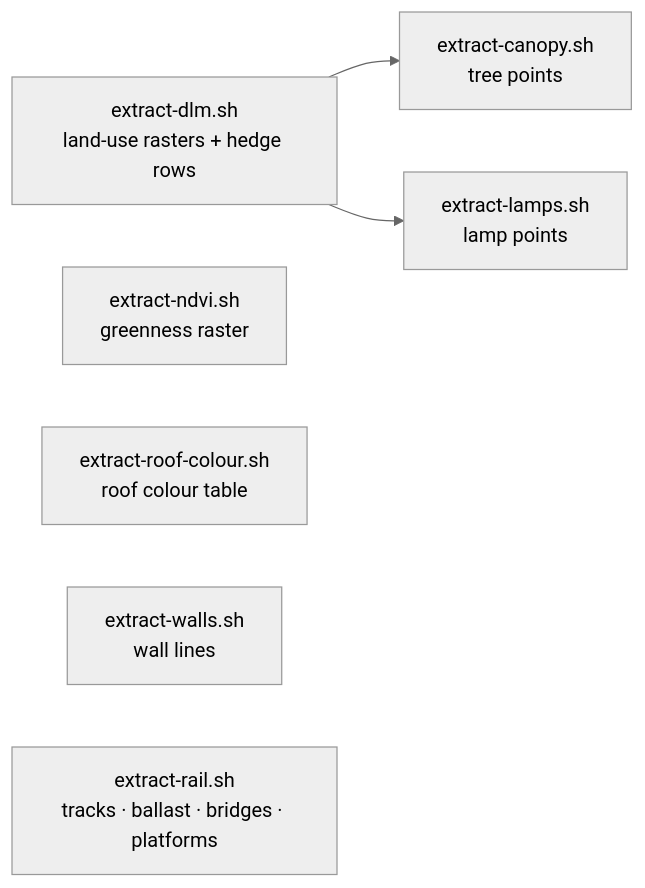
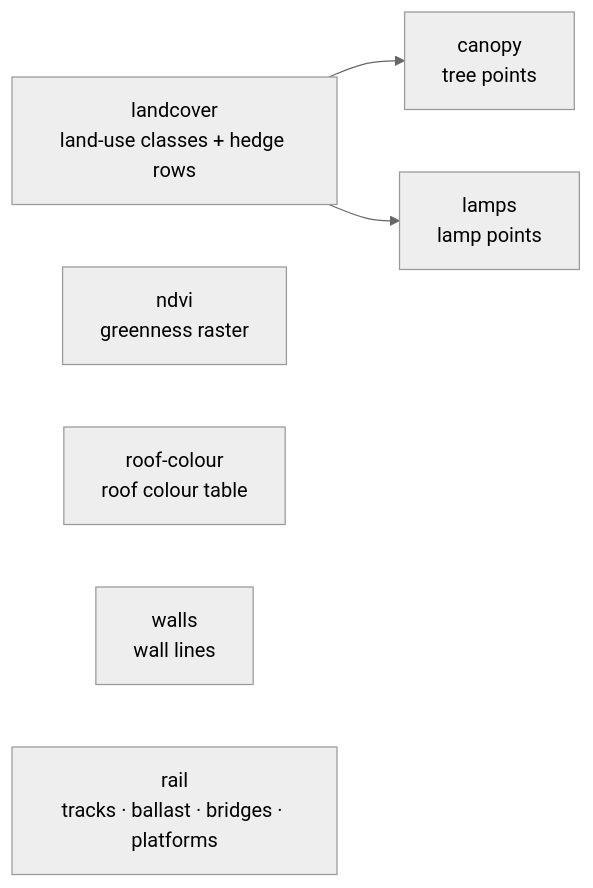
One commit to mdugue/bridge changed the second of 2 diagrams in docs/guide/en/data-journey.md. Above: the diagram before and after it, drawn with Mermaid (neutral theme). The commit also changed other lines of this file and 9 other files, not shown here.

````diff
--- a/docs/guide/en/data-journey.md
+++ b/docs/guide/en/data-journey.md
@@ -58,9 +68,9 @@
 ```mermaid
 flowchart LR
-  DLM["extract-dlm.sh<br/>land-use rasters + hedge rows"] --> CAN["extract-canopy.sh<br/>tree points"]
-  DLM --> LAMP["extract-lamps.sh<br/>lamp points"]
-  NDVI["extract-ndvi.sh<br/>greenness raster"]
-  ROOF["extract-roof-colour.sh<br/>roof colour table"]
-  WALL["extract-walls.sh<br/>wall lines"]
-  RAIL["extract-rail.sh<br/>tracks · ballast · bridges · platforms"]
+  DLM["landcover<br/>land-use classes + hedge rows"] --> CAN["canopy<br/>tree points"]
+  DLM --> LAMP["lamps<br/>lamp points"]
+  NDVI["ndvi<br/>greenness raster"]
+  ROOF["roof-colour<br/>roof colour table"]
+  WALL["walls<br/>wall lines"]
+  RAIL["rail<br/>tracks · ballast · bridges · platforms"]
 ```
````
